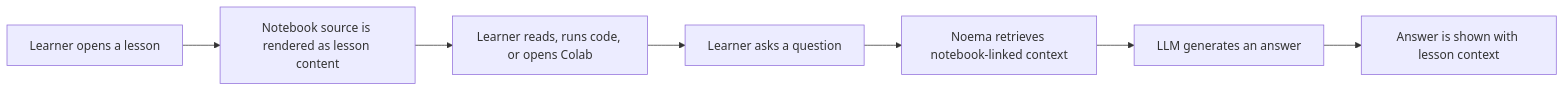
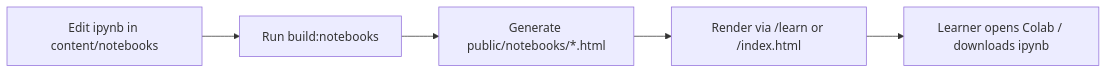
The first of 3 diagrams in README.md (mani1261790/Noema), drawn with Mermaid before and after one commit. The commit also changed other lines of this file and 3 other files, not shown here.

Commit message:
docs: refresh architecture/api docs and README doc links

````diff
--- a/README.md
+++ b/README.md
@@ -21,9 +22,7 @@
 ```mermaid
 flowchart LR
-  A["Learner opens a lesson"] --> B["Notebook source is rendered as lesson content"]
-  B --> C["Learner reads, runs code, or opens Colab"]
-  C --> D["Learner asks a question"]
-  D --> E["Noema retrieves notebook-linked context"]
-  E --> F["LLM generates an answer"]
-  F --> G["Answer is shown with lesson context"]
+  A["Edit ipynb in content/notebooks"] --> B["Run build:notebooks"]
+  B --> C["Generate public/notebooks/*.html"]
+  C --> D["Render via /learn or /index.html"]
+  D --> E["Learner opens Colab / downloads ipynb"]
 ```
````
